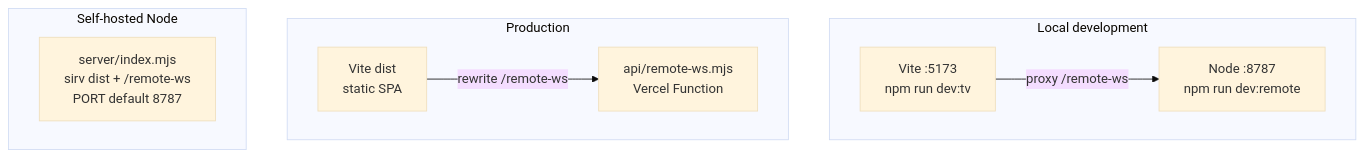
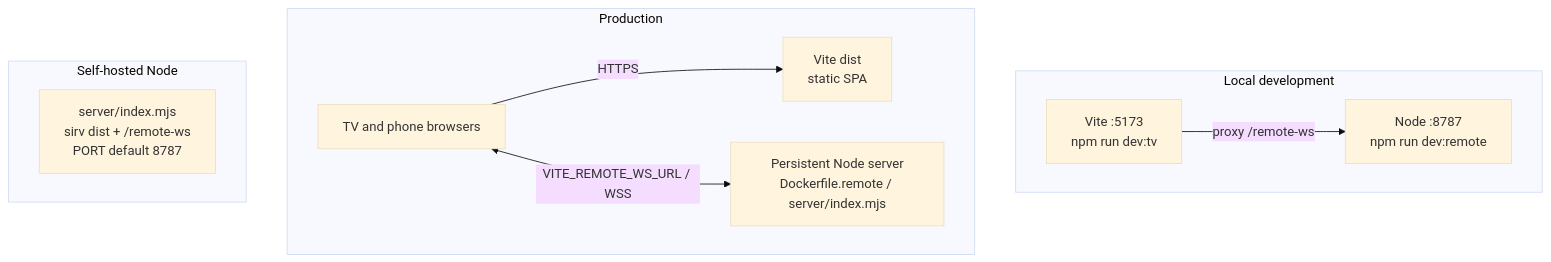
Before and after one commit to tusharv/positive-player: the second of 8 diagrams in docs/architecture.md, drawn with Mermaid (base theme). The commit also changed other lines of this file and 16 other files, not shown here.

````diff
--- a/docs/architecture.md
+++ b/docs/architecture.md
@@ -37,18 +39,20 @@
 ```mermaid
 flowchart TB
   subgraph local [Local development]
     Vite[Vite :5173<br/>npm run dev:tv]
     Node[Node :8787<br/>npm run dev:remote]
     Vite -->|"proxy /remote-ws"| Node
   end
 
   subgraph prod [Production]
     Static[Vite dist<br/>static SPA]
-    Fn["api/remote-ws.mjs<br/>Vercel Function"]
-    Static -->|rewrite /remote-ws| Fn
+    Relay["Persistent Node server<br/>Dockerfile.remote / server/index.mjs"]
+    Browsers[TV and phone browsers]
+    Browsers -->|HTTPS| Static
+    Browsers <-->|VITE_REMOTE_WS_URL / WSS| Relay
   end
 
   subgraph selfhost [Self-hosted Node]
     Sirv["server/index.mjs<br/>sirv dist + /remote-ws<br/>PORT default 8787"]
   end
 ```
````
